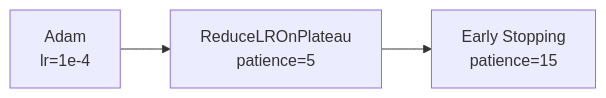
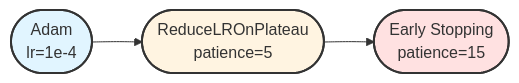
One commit to DanicaBlazanovic/CAP6415_F25_project_Input_Image_Reconstruction_from_Features changed the fifth of 9 diagrams in methodology.md. Above: the diagram before and after it, drawn with Mermaid. The commit also changed other lines of this file, not shown here.

````diff
--- a/methodology.md
+++ b/methodology.md
@@ -116,5 +116,9 @@
 ```mermaid
 graph LR
-    A[Adam<br/>lr=1e-4] --> B[ReduceLROnPlateau<br/>patience=5]
-    B --> C[Early Stopping<br/>patience=15]
+    A([Adam<br/>lr=1e-4]) --> B([ReduceLROnPlateau<br/>patience=5])
+    B --> C([Early Stopping<br/>patience=15])
+    
+    style A fill:#e1f5ff,stroke:#333,stroke-width:2px
+    style B fill:#fff4e1,stroke:#333,stroke-width:2px
+    style C fill:#ffe1e1,stroke:#333,stroke-width:2px
 ```
````
